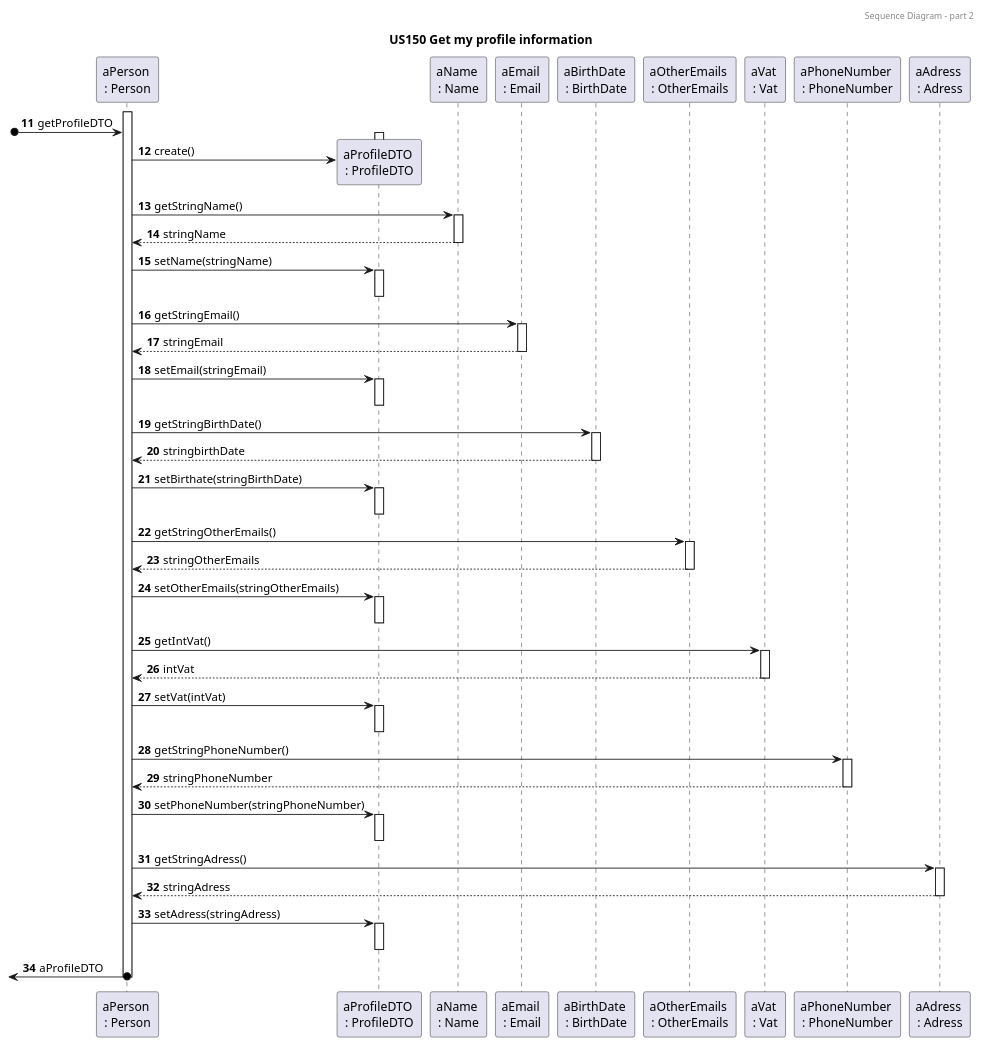
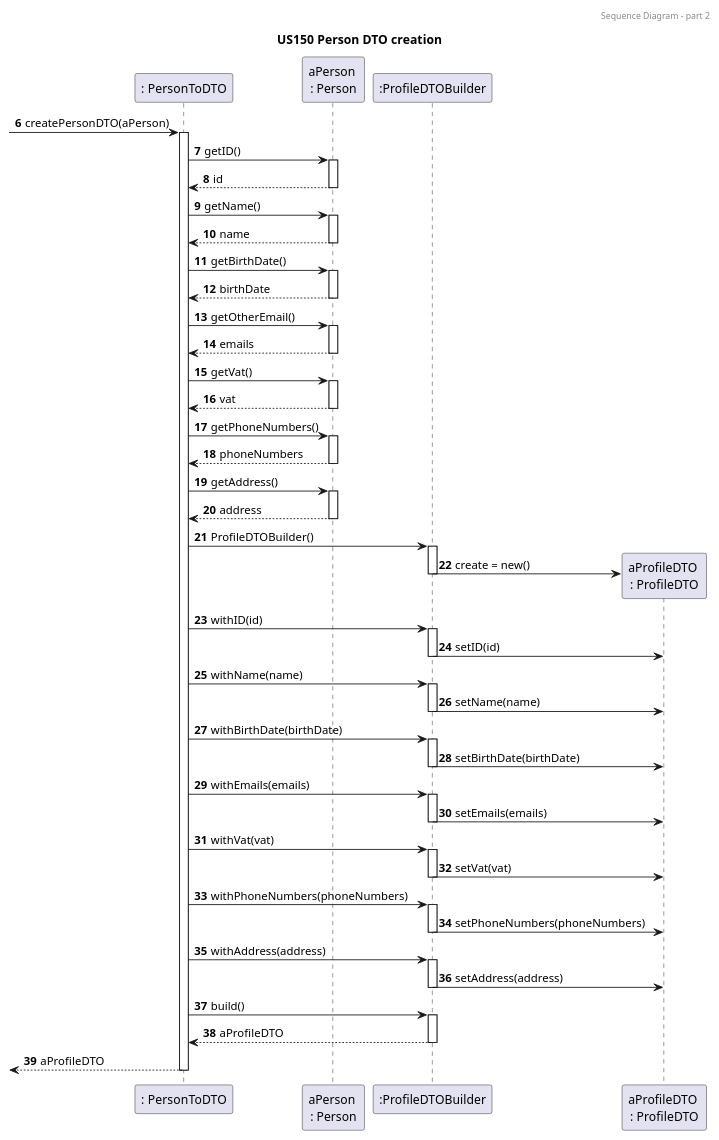
One commit to tomas-osswald/switch_2020_g3 changed the fifth of 5 diagrams in docs/sprint4/user_stories/US150_GetFamilyMemberProfile.md. Above: the diagram before and after it, drawn with PlantUML. The commit also changed other lines of this file, not shown here.

Commit message:
SD of 150

`````diff
--- a/docs/sprint4/user_stories/US150_GetFamilyMemberProfile.md
+++ b/docs/sprint4/user_stories/US150_GetFamilyMemberProfile.md
@@ -283,70 +261,90 @@
 ````puml
 @startuml
 
-autonumber 11
+autonumber 6
 header Sequence Diagram - part 2
-title US150 Get my profile information
+title US150 Person DTO creation
 
+participant ": PersonToDTO" as mapper
 participant "aPerson \n: Person" as person
+participant ":ProfileDTOBuilder" as builder
 participant "aProfileDTO \n: ProfileDTO" as profiledto
-participant "aName \n: Name" as name
-participant "aEmail \n: Email" as email
-participant "aBirthDate \n: BirthDate" as birthdate
-participant "aOtherEmails \n: OtherEmails" as otheremails
-participant "aVat \n: Vat" as vat
-participant "aPhoneNumber \n: PhoneNumber" as phonenumber
-participant "aAdress \n: Adress" as adress
+
+-> mapper : createPersonDTO(aPerson)
+activate mapper
+mapper -> person : getID()
 activate person
-[o-> person : getProfileDTO
-activate profiledto
-person -> profiledto** : create()
+return id
 
-deactivate profiledto
-person -> name : getStringName()
-activate name
-return stringName
-person -> profiledto: setName(stringName)
-activate profiledto
-deactivate profiledto
-person -> email : getStringEmail()
-activate email
-return stringEmail
-person -> profiledto: setEmail(stringEmail)
-activate profiledto
-deactivate profiledto
-person -> birthdate : getStringBirthDate()
-activate birthdate
-return stringbirthDate
-person -> profiledto: setBirthate(stringBirthDate)
-activate profiledto
-deactivate profiledto
-person -> otheremails : getStringOtherEmails()
-activate otheremails
-return stringOtherEmails
-person -> profiledto: setOtherEmails(stringOtherEmails)
-activate profiledto
-deactivate profiledto
-person -> vat : getIntVat()
-activate vat
-return intVat
-person -> profiledto: setVat(intVat)
-activate profiledto
-deactivate profiledto
-person -> phonenumber : getStringPhoneNumber()
-activate phonenumber
-return stringPhoneNumber
-person -> profiledto: setPhoneNumber(stringPhoneNumber)
-activate profiledto
-deactivate profiledto
-person -> adress : getStringAdress()
-activate adress
-return stringAdress
-person -> profiledto: setAdress(stringAdress)
-activate profiledto
-deactivate profiledto
+mapper -> person : getName()
+activate person
+return name
 
-[<-o person : aProfileDTO
-deactivate profiledto
-deactivate person
+mapper -> person : getBirthDate()
+activate person
+return birthDate
+
+mapper -> person : getOtherEmail()
+activate person
+return emails
+
+mapper -> person : getVat()
+activate person
+return vat
+
+mapper -> person : getPhoneNumbers()
+activate person
+return phoneNumbers
+
+mapper -> person : getAddress()
+activate person
+return address
+
+mapper -> builder : ProfileDTOBuilder() 
+activate builder
+builder -> profiledto **: create = new()
+deactivate builder
+
+mapper -> builder : withID(id) 
+activate builder
+builder -> profiledto : setID(id)
+deactivate builder
+
+mapper -> builder : withName(name) 
+activate builder
+builder -> profiledto : setName(name)
+deactivate builder
+
+mapper -> builder : withBirthDate(birthDate) 
+activate builder
+builder -> profiledto : setBirthDate(birthDate)
+deactivate builder
+
+mapper -> builder : withEmails(emails) 
+activate builder
+builder -> profiledto : setEmails(emails)
+deactivate builder
+
+mapper -> builder : withVat(vat) 
+activate builder
+builder -> profiledto : setVat(vat)
+deactivate builder
+
+mapper -> builder : withPhoneNumbers(phoneNumbers) 
+activate builder
+builder -> profiledto : setPhoneNumbers(phoneNumbers)
+deactivate builder
+
+mapper -> builder : withAddress(address) 
+activate builder
+builder -> profiledto : setAddress(address)
+deactivate builder
+
+mapper -> builder : build()
+activate builder
+return aProfileDTO
+
+return aProfileDTO
+
 @enduml
 ````
`````
